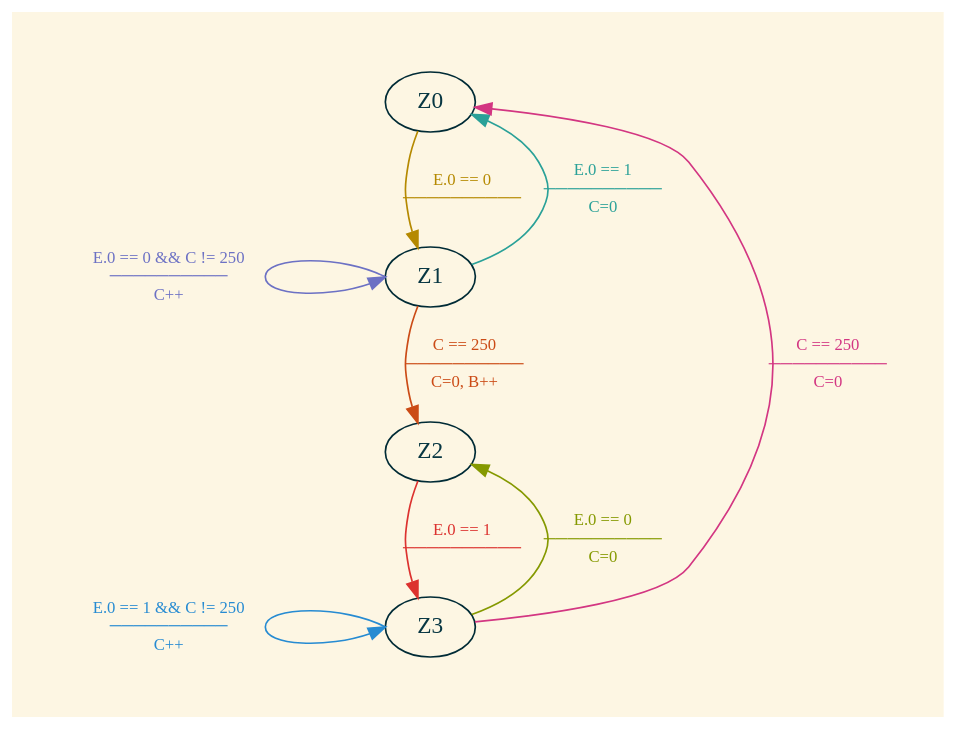
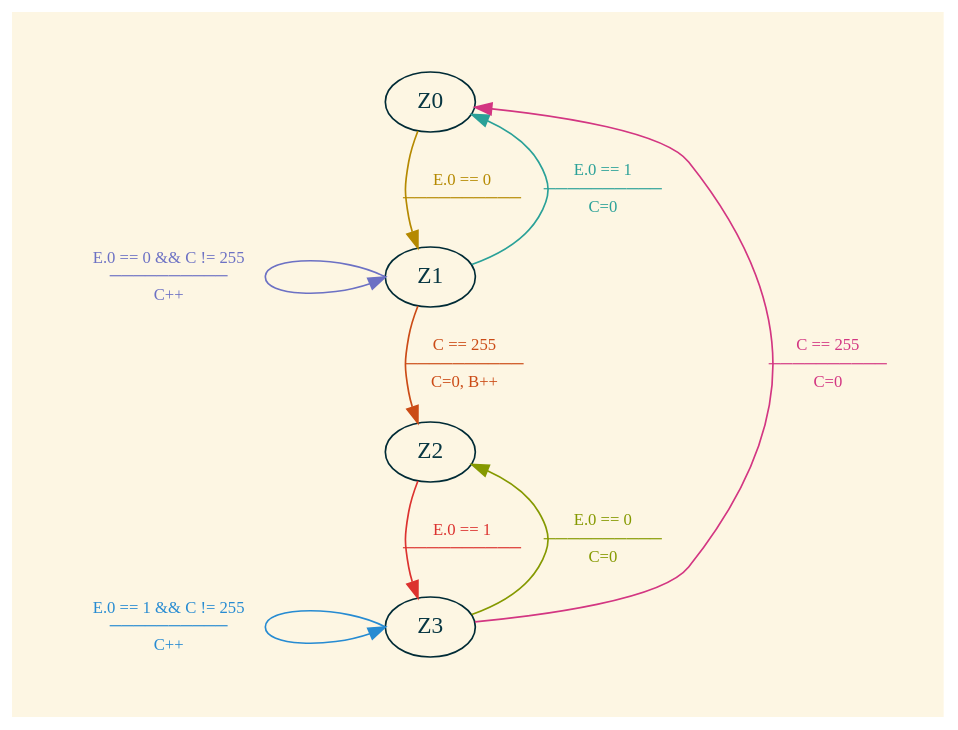
Before and after one commit to dgruszcz/pw-eiti-tm: the diagram in z2/img/graph.dot, drawn with Graphviz. The commit also changed 1 other file, not shown here.

Commit message:
change 250 to 255 in conditions in the state machine graph

```diff
--- a/z2/img/graph.dot
+++ b/z2/img/graph.dot
@@ -1,21 +1,21 @@
 digraph {
     graph [pad="0.5", nodesep="1", bgcolor="#fdf6e3"]
     node [color="#002b36", fontcolor="#073642"]
     edge [fontsize="10"]
     
     z0  [label="Z0"]
     z1  [label="Z1"]
     z2  [label="Z2"]
     z3  [label="Z3"]
 
     z0 -> z1 [label="E.0 == 0 \n ──────────", color="#b58900", fontcolor="#b58900"]
-    z1 -> z2 [label="C == 250 \n ────────── \n C=0, B++", color="#cb4b16", fontcolor="#cb4b16"]
+    z1 -> z2 [label="C == 255 \n ────────── \n C=0, B++", color="#cb4b16", fontcolor="#cb4b16"]
     z2 -> z3 [label="E.0 == 1 \n ──────────", color="#dc322f", fontcolor="#dc322f"]
-    z3 -> z0 [label="C == 250 \n ────────── \n C=0", color="#d33682", fontcolor="#d33682", constraint="false"]
+    z3 -> z0 [label="C == 255 \n ────────── \n C=0", color="#d33682", fontcolor="#d33682", constraint="false"]
     
-    z1:w -> z1:w [label="E.0 == 0 && C != 250 \n ────────── \n C++", color="#6c71c4", fontcolor="#6c71c4", constraint="false"]
-    z3:w -> z3:w [label="E.0 == 1 && C != 250 \n ────────── \n C++", color="#268bd2", fontcolor="#268bd2", constraint="false"]
+    z1:w -> z1:w [label="E.0 == 0 && C != 255 \n ────────── \n C++", color="#6c71c4", fontcolor="#6c71c4", constraint="false"]
+    z3:w -> z3:w [label="E.0 == 1 && C != 255 \n ────────── \n C++", color="#268bd2", fontcolor="#268bd2", constraint="false"]
     
     z1 -> z0 [label="E.0 == 1 \n ────────── \n C=0", color="#2aa198", fontcolor="#2aa198", constraint="false"]
     z3 -> z2 [label="E.0 == 0 \n ────────── \n C=0", color="#859900", fontcolor="#859900", constraint="false"]
 }
```
